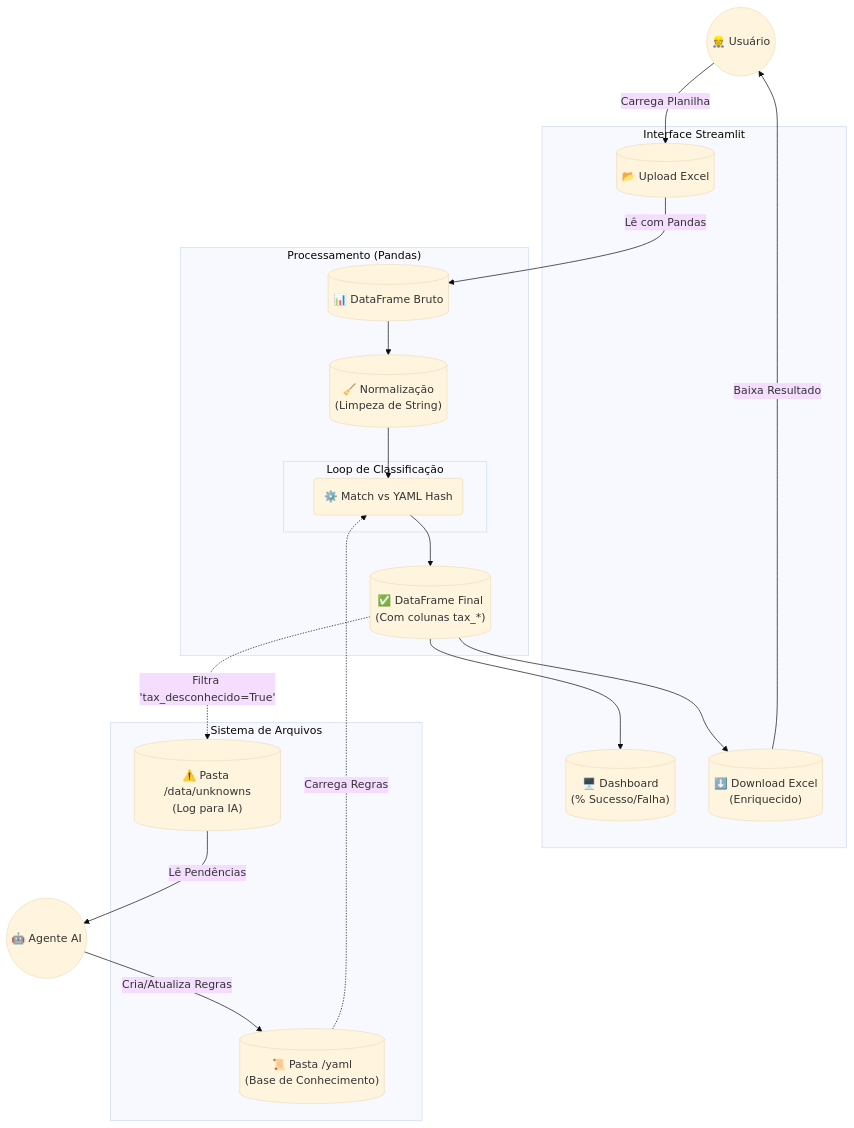
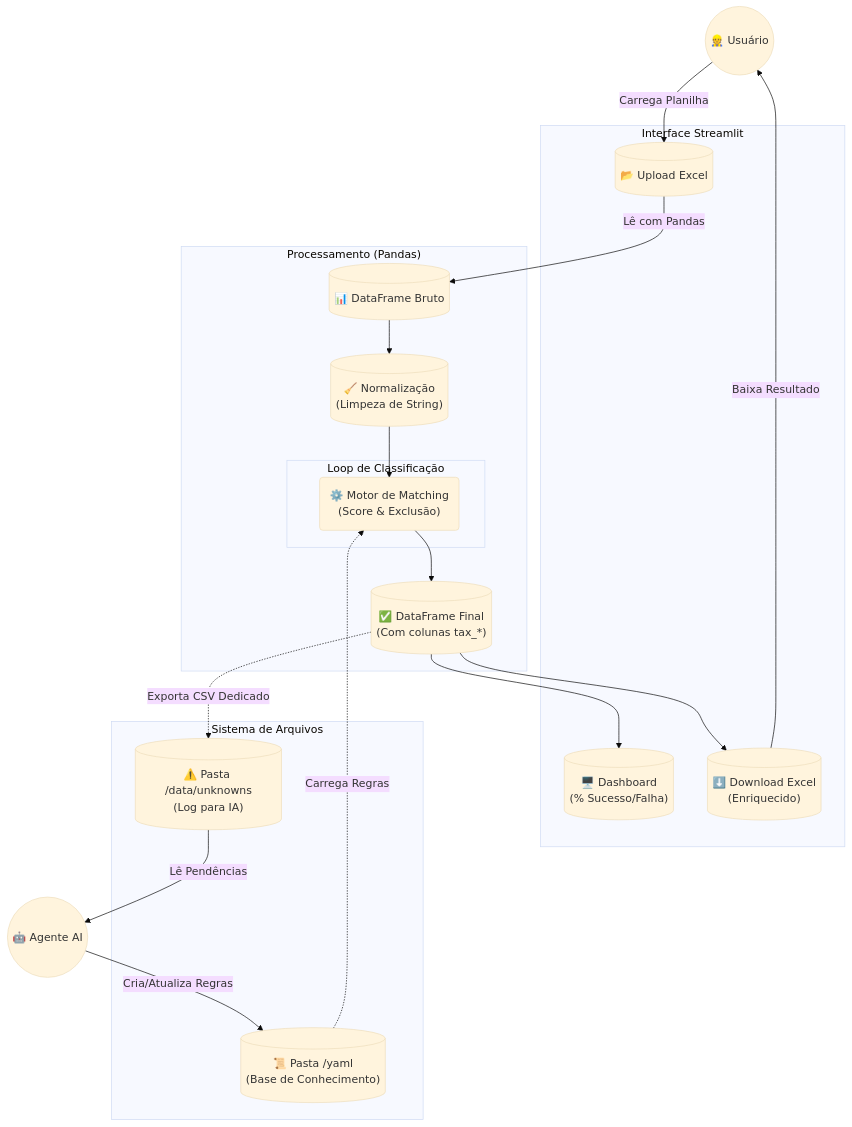
Before and after one commit to CAIOZANETTI/ObraTaxonomia: the diagram in readme/fluxo.md, drawn with Mermaid (base theme). The commit also changed other lines of this file, not shown here.

````diff
--- a/readme/fluxo.md
+++ b/readme/fluxo.md
@@ -9,47 +46,47 @@
 ```mermaid
 graph TD
     %% Atores
     User((👷 Usuário))
     Agent((🤖 Agente AI))
 
     %% Interface Streamlit
     subgraph "Interface Streamlit"
         Upload[("📂 Upload Excel")]
         UI_Feedback[("🖥️ Dashboard\n(% Sucesso/Falha)")]
         Download[("⬇️ Download Excel\n(Enriquecido)")]
     end
 
     %% Motor Pandas
     subgraph "Processamento (Pandas)"
         DF_Raw[("📊 DataFrame Bruto")]
         DF_Clean[("🧹 Normalização\n(Limpeza de String)")]
         subgraph "Loop de Classificação"
-            MatchEngine("⚙️ Match vs YAML Hash")
+            MatchEngine("⚙️ Motor de Matching\n(Score & Exclusão)")
         end
         DF_Final[("✅ DataFrame Final\n(Com colunas tax_*)")]
     end
 
     %% Arquivos Sistema
     subgraph "Sistema de Arquivos"
         YAML_Repo[("📜 Pasta /yaml\n(Base de Conhecimento)")]
         Unknowns_Dir[("⚠️ Pasta /data/unknowns\n(Log para IA)")]
     end
 
     %% Fluxo
     User -->|Carrega Planilha| Upload
     Upload -->|Lê com Pandas| DF_Raw
     DF_Raw --> DF_Clean
     
     YAML_Repo -.->|Carrega Regras| MatchEngine
     DF_Clean --> MatchEngine
     MatchEngine --> DF_Final
     
     DF_Final --> UI_Feedback
     DF_Final --> Download
     Download -->|Baixa Resultado| User
 
     %% Tratamento de Desconhecidos (Dual Output)
-    DF_Final -.->|Filtra 'tax_desconhecido=True'| Unknowns_Dir
+    DF_Final -.->|Exporta CSV Dedicado| Unknowns_Dir
     Unknowns_Dir -->|Lê Pendências| Agent
     Agent -->|Cria/Atualiza Regras| YAML_Repo
 ```
````
